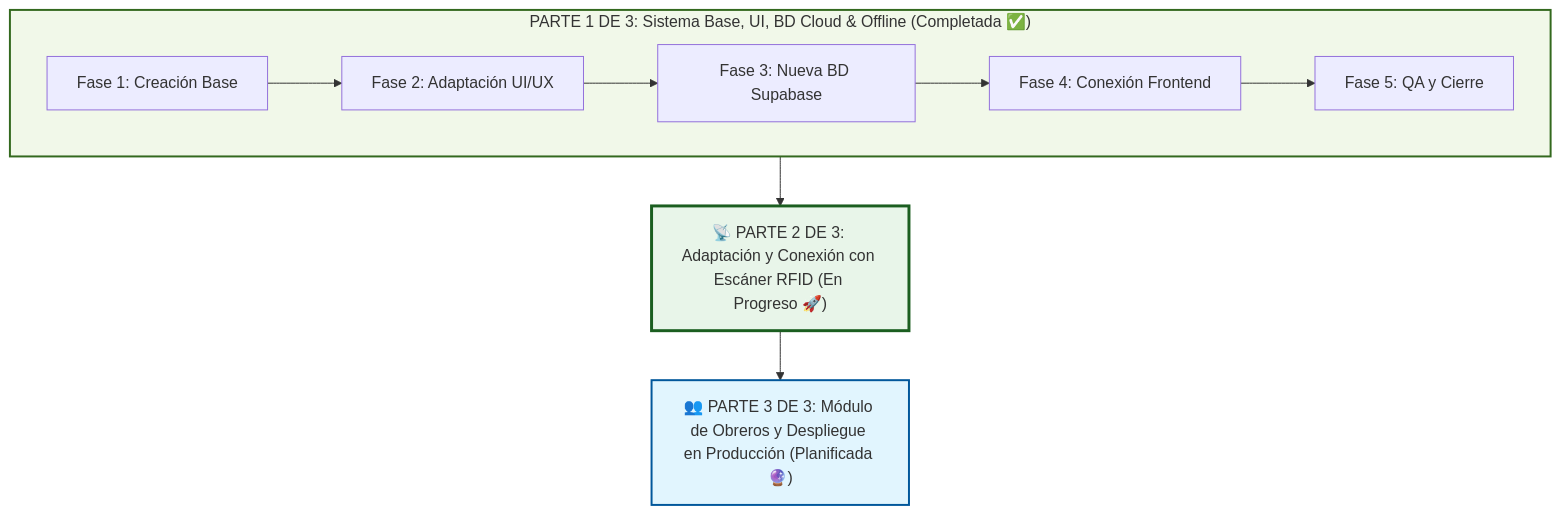
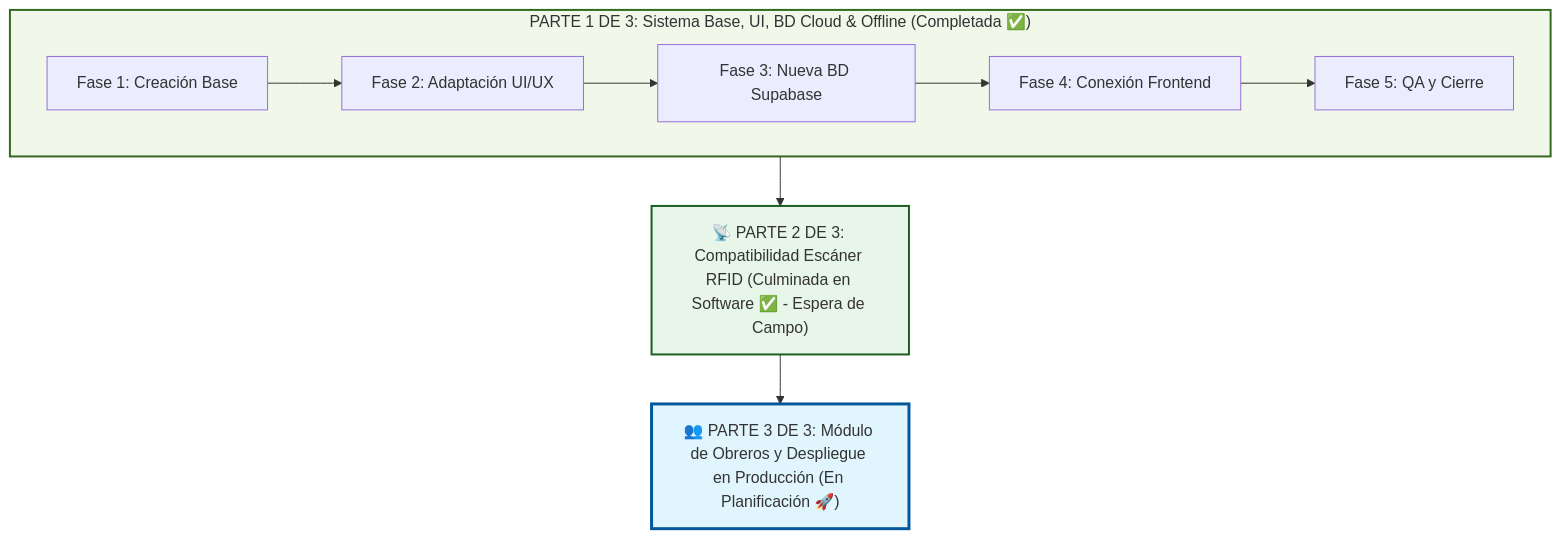
Before and after one commit to JorgeM11/Gesti-n_Ganadera: the diagram in planificacion.md, drawn with Mermaid. The commit also changed other lines of this file and 1 other file, not shown here.

Commit message:
docs: formalizar culminacion de Parte 2 en software y dar apertura a Parte 3 (obreros y produccion)

````diff
--- a/planificacion.md
+++ b/planificacion.md
@@ -18,16 +18,16 @@
 ```mermaid
 flowchart TD
     subgraph P1["PARTE 1 DE 3: Sistema Base, UI, BD Cloud & Offline (Completada ✅)"]
         F1["Fase 1: Creación Base"] --> F2["Fase 2: Adaptación UI/UX"]
         F2 --> F3["Fase 3: Nueva BD Supabase"]
         F3 --> F4["Fase 4: Conexión Frontend"]
         F4 --> F5["Fase 5: QA y Cierre"]
     end
 
-    P1 --> P2["📡 PARTE 2 DE 3: Adaptación y Conexión con Escáner RFID (En Progreso 🚀)"]
-    P2 --> P3["👥 PARTE 3 DE 3: Módulo de Obreros y Despliegue en Producción (Planificada 🔮)"]
+    P1 --> P2["📡 PARTE 2 DE 3: Compatibilidad Escáner RFID (Culminada en Software ✅ - Espera de Campo)"]
+    P2 --> P3["👥 PARTE 3 DE 3: Módulo de Obreros y Despliegue en Producción (En Planificación 🚀)"]
 
     style P1 fill:#f1f8e9,stroke:#33691e,stroke-width:2px
-    style P2 fill:#e8f5e9,stroke:#1b5e20,stroke-width:3px
-    style P3 fill:#e1f5fe,stroke:#01579b,stroke-width:2px
+    style P2 fill:#e8f5e9,stroke:#1b5e20,stroke-width:2px
+    style P3 fill:#e1f5fe,stroke:#01579b,stroke-width:3px
 ```
````
